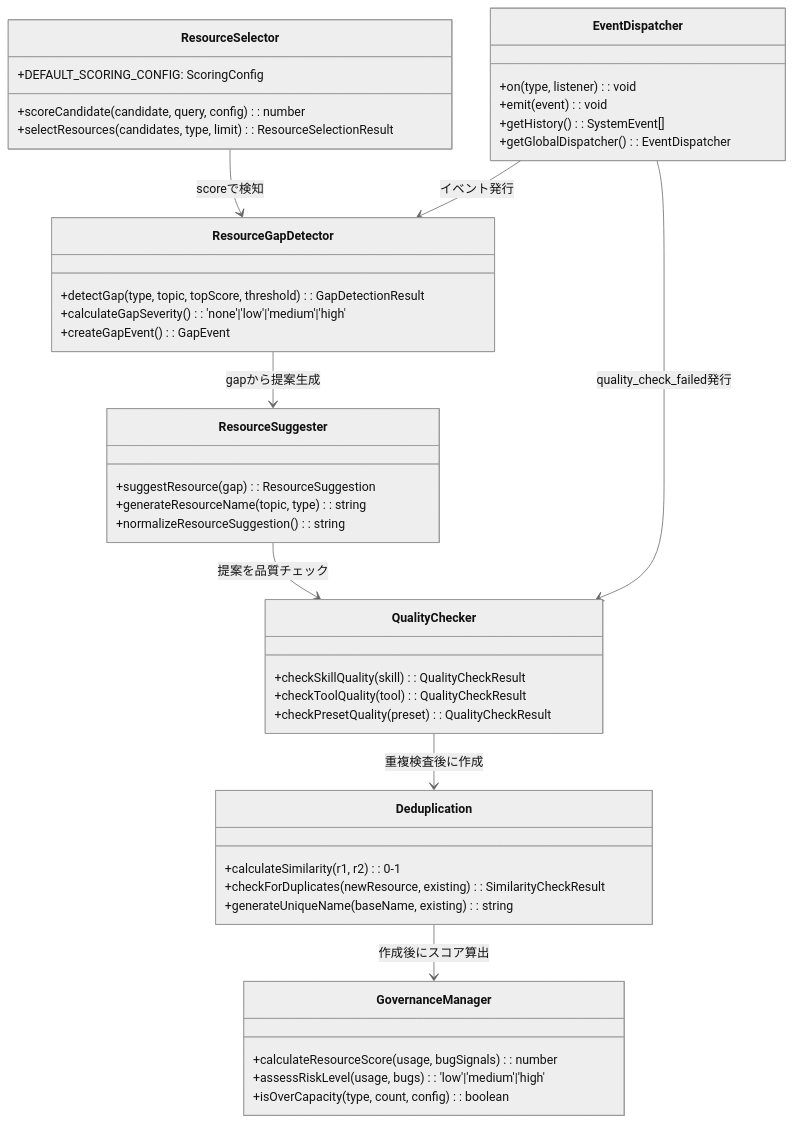
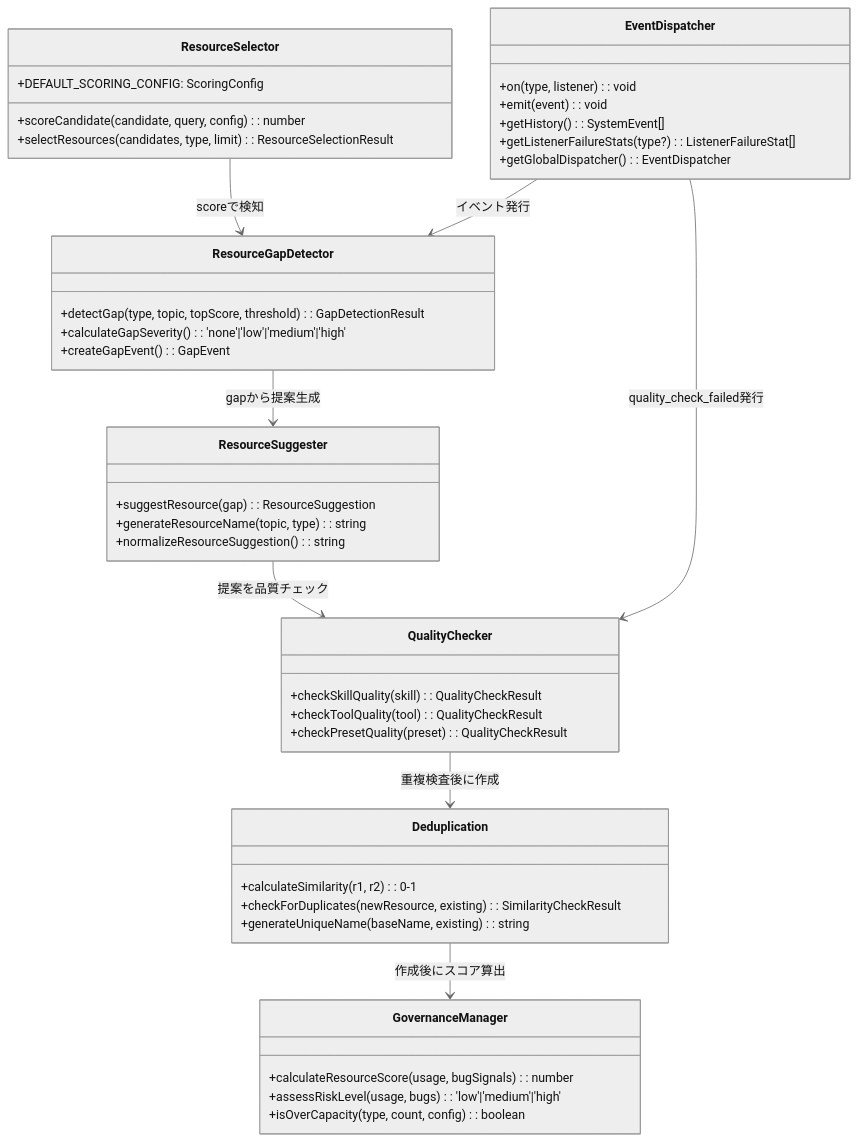
The first of 9 diagrams in README.md (haruki10041999/SALESFORCE-AI-COMPANY), drawn with Mermaid (neutral theme) before and after one commit. The commit also changed other lines of this file and 17 other files, not shown here.

````diff
--- a/README.md
+++ b/README.md
@@ -51,53 +59,54 @@
 ```mermaid
 classDiagram
   class ResourceSelector {
     +scoreCandidate(candidate, query, config): number
     +selectResources(candidates, type, limit): ResourceSelectionResult
     +DEFAULT_SCORING_CONFIG: ScoringConfig
   }
 
   class ResourceGapDetector {
     +detectGap(type, topic, topScore, threshold): GapDetectionResult
     +calculateGapSeverity(): 'none'|'low'|'medium'|'high'
     +createGapEvent(): GapEvent
   }
 
   class ResourceSuggester {
     +suggestResource(gap): ResourceSuggestion
     +generateResourceName(topic, type): string
     +normalizeResourceSuggestion(): string
   }
 
   class QualityChecker {
     +checkSkillQuality(skill): QualityCheckResult
     +checkToolQuality(tool): QualityCheckResult
     +checkPresetQuality(preset): QualityCheckResult
   }
 
   class Deduplication {
     +calculateSimilarity(r1, r2): 0-1
     +checkForDuplicates(newResource, existing): SimilarityCheckResult
     +generateUniqueName(baseName, existing): string
   }
 
   class GovernanceManager {
     +calculateResourceScore(usage, bugSignals): number
     +assessRiskLevel(usage, bugs): 'low'|'medium'|'high'
     +isOverCapacity(type, count, config): boolean
   }
 
   class EventDispatcher {
     +on(type, listener): void
     +emit(event): void
     +getHistory(): SystemEvent[]
+    +getListenerFailureStats(type?): ListenerFailureStat[]
     +getGlobalDispatcher(): EventDispatcher
   }
 
   ResourceSelector --> ResourceGapDetector: scoreで検知
   ResourceGapDetector --> ResourceSuggester: gapから提案生成
   ResourceSuggester --> QualityChecker: 提案を品質チェック
   QualityChecker --> Deduplication: 重複検査後に作成
   Deduplication --> GovernanceManager: 作成後にスコア算出
   EventDispatcher --> ResourceGapDetector: イベント発行
   EventDispatcher --> QualityChecker: quality_check_failed発行
 ```
````
